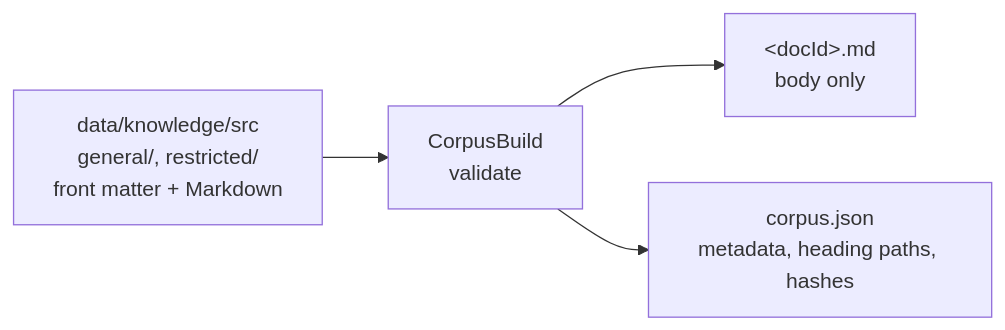
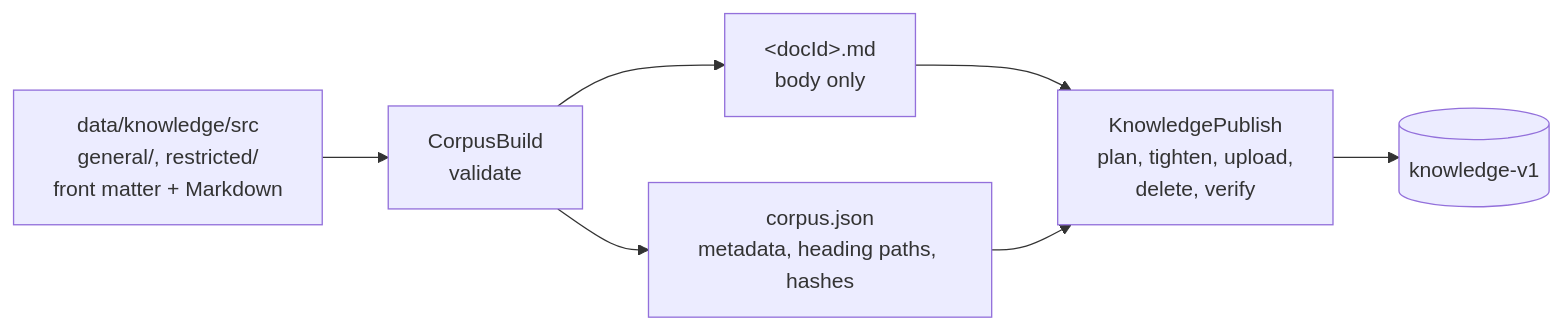
The third of 4 diagrams in docs/Architecture.md (ankurparekh1988/payment-ops-investigation-agent), drawn with Mermaid before and after one commit. The commit also changed other lines of this file and 50 other files, not shown here.

First line of the commit message:
feat: publish the knowledge corpus to a keyless search index (#16)

````diff
--- a/docs/Architecture.md
+++ b/docs/Architecture.md
@@ -74,11 +74,16 @@
 ```mermaid
 flowchart LR
   S["data/knowledge/src<br/>general/, restricted/<br/>front matter + Markdown"]
   B["CorpusBuild<br/>validate"]
   C["&lt;docId&gt;.md<br/>body only"]
   J["corpus.json<br/>metadata, heading paths, hashes"]
+  P["KnowledgePublish<br/>plan, tighten, upload,<br/>delete, verify"]
+  X[("knowledge-v1")]
 
   S --> B
   B --> C
   B --> J
+  C --> P
+  J --> P
+  P --> X
 ```
````
